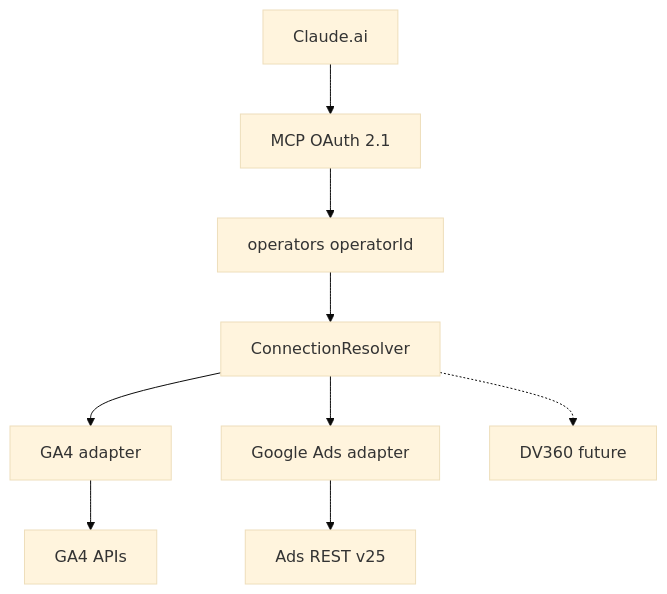
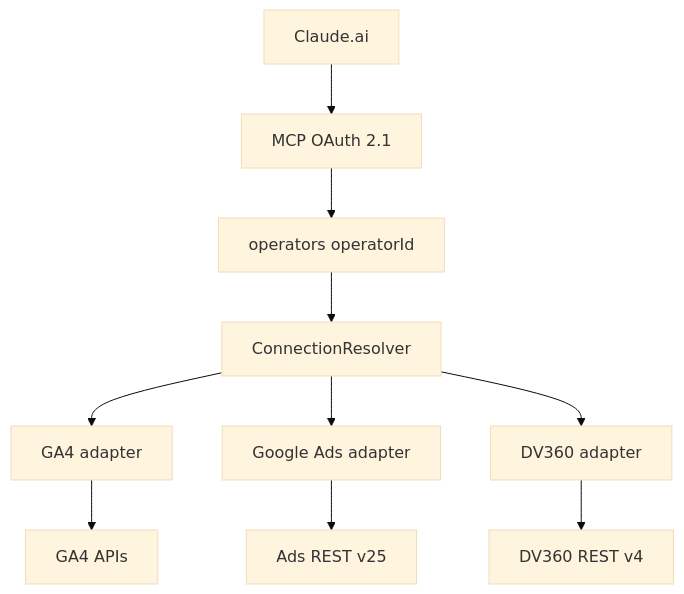
The diagram in README.md (devopsbrandmirchi/GMcpAllv1), drawn with Mermaid (base theme) before and after one commit. The commit also changed other lines of this file and 31 other files, not shown here.

````diff
--- a/README.md
+++ b/README.md
@@ -19,21 +20,23 @@
 ```mermaid
 flowchart TB
   Claude["Claude.ai"]
   McpAuth["MCP OAuth 2.1"]
   Operator["operators operatorId"]
   Resolver["ConnectionResolver"]
   Ga4["GA4 adapter"]
   Ads["Google Ads adapter"]
-  Dv360["DV360 future"]
+  Dv360["DV360 adapter"]
   Ga4Api["GA4 APIs"]
   AdsApi["Ads REST v25"]
+  DvApi["DV360 REST v4"]
 
   Claude --> McpAuth
   McpAuth --> Operator
   Operator --> Resolver
   Resolver --> Ga4
   Resolver --> Ads
-  Resolver -.-> Dv360
+  Resolver --> Dv360
   Ga4 --> Ga4Api
   Ads --> AdsApi
+  Dv360 --> DvApi
 ```
````
